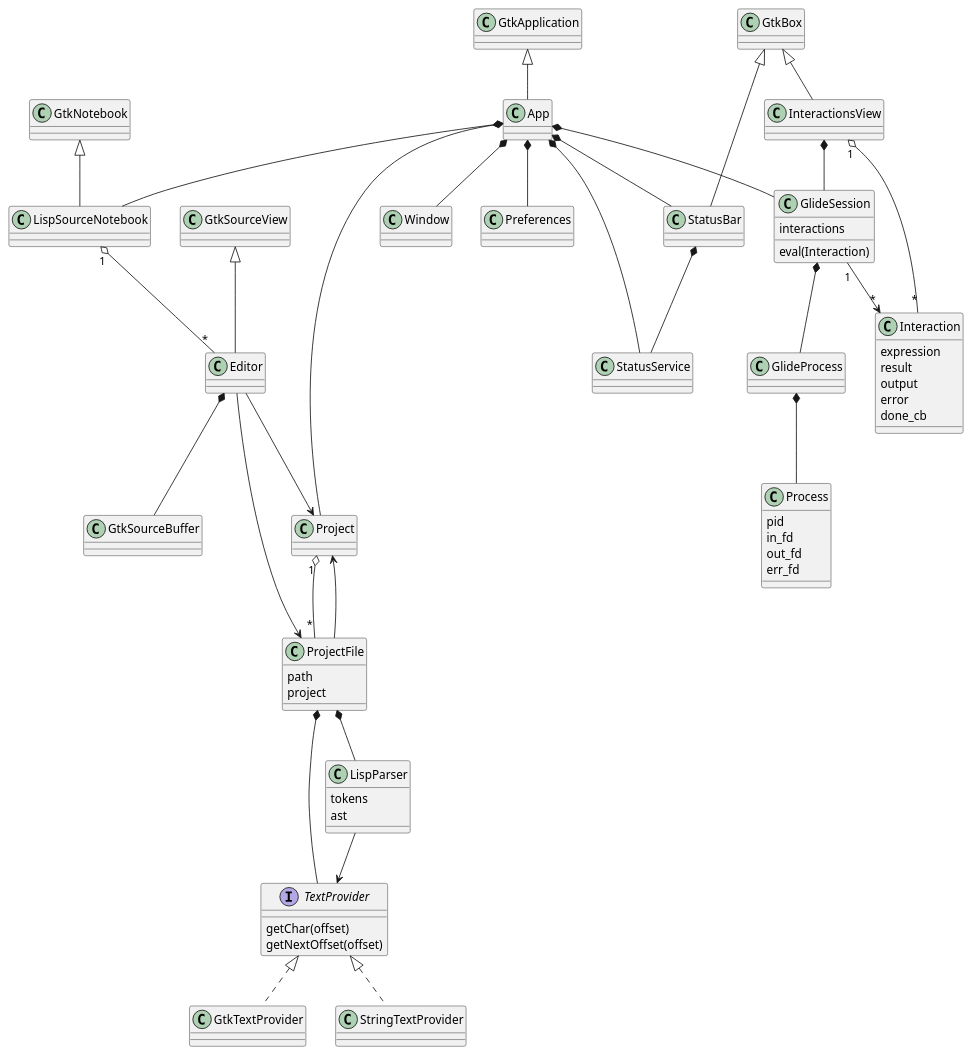
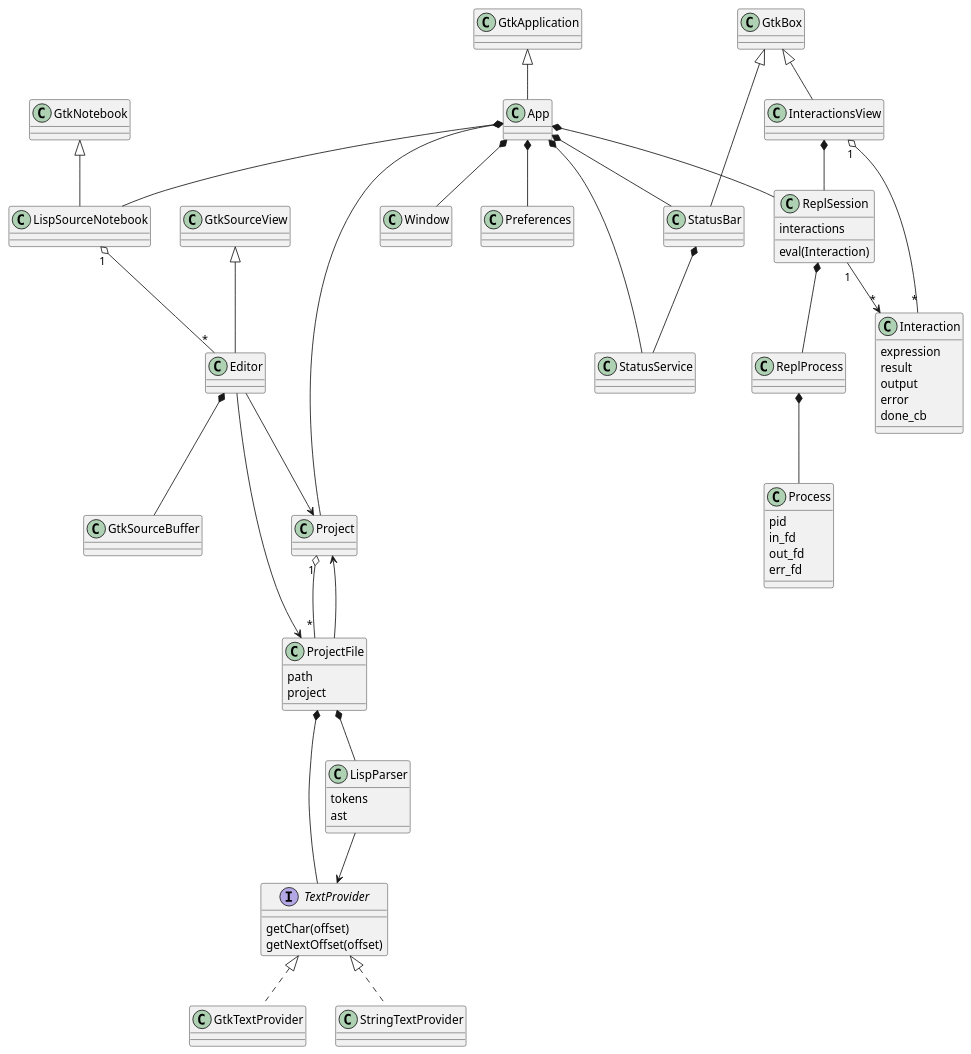
One commit to JeromeA/glide changed the diagram in doc/classes.plantuml. Above: the diagram before and after it, drawn with PlantUML. The commit also changed 16 other files, not shown here.

Commit message:
Rename GlideProcess and GlideSession to Repl*

```diff
--- a/doc/classes.plantuml
+++ b/doc/classes.plantuml
@@ -1,57 +1,57 @@
 @startuml
 
 GtkApplication <|-- App
 App *-- Project
-App *-- GlideSession
+App *-- ReplSession
 App *-- Window
 App *-- LispSourceNotebook
 App *-- Preferences
 App *-- StatusBar
 App *-- StatusService
 StatusBar *-- StatusService
 
 GtkSourceView <|-- Editor
 Editor *-- GtkSourceBuffer
 Editor --> Project
 Editor --> ProjectFile
 GtkNotebook <|-- LispSourceNotebook
 LispSourceNotebook "1" o-- "*" Editor
 
 Project "1" o-- "*" ProjectFile
 
 ProjectFile *-- LispParser
 ProjectFile *-- TextProvider
 ProjectFile : path
 ProjectFile : project
 ProjectFile --> Project
 
 GtkBox <|-- InteractionsView
 GtkBox <|-- StatusBar
 InteractionsView "1" o-- "*" Interaction
-InteractionsView *-- GlideSession
+InteractionsView *-- ReplSession
 Interaction : expression
 Interaction : result
 Interaction : output
 Interaction : error
 Interaction : done_cb
-GlideSession : eval(Interaction)
-GlideSession : interactions
-GlideSession "1" --> "*" Interaction
-GlideSession *-- GlideProcess
-GlideProcess *-- Process
+ReplSession : eval(Interaction)
+ReplSession : interactions
+ReplSession "1" --> "*" Interaction
+ReplSession *-- ReplProcess
+ReplProcess *-- Process
 
 Process : pid
 Process : in_fd
 Process : out_fd
 Process : err_fd
 
 LispParser : tokens
 LispParser : ast
 LispParser --> TextProvider
 interface TextProvider
 TextProvider <|.. GtkTextProvider
 TextProvider <|.. StringTextProvider
 TextProvider : getChar(offset)
 TextProvider : getNextOffset(offset)
 
 @enduml
```
